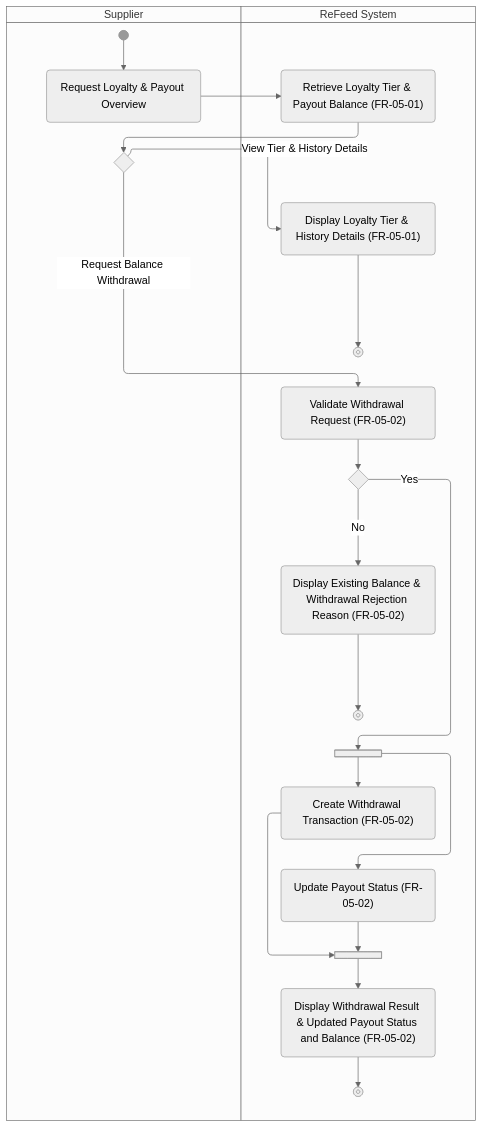
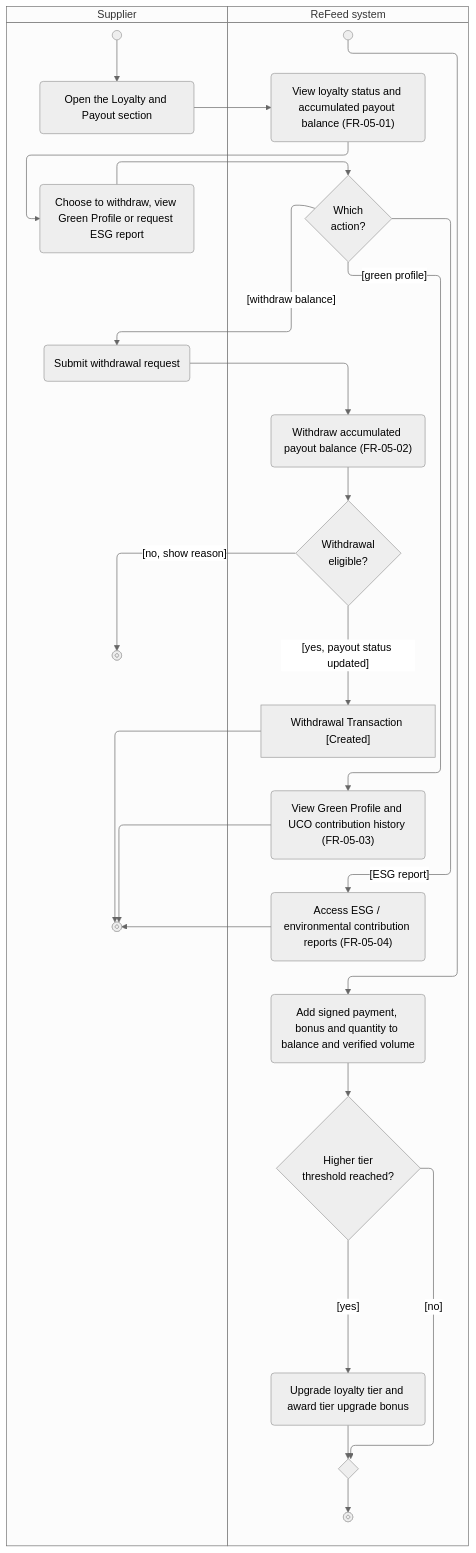
The diagram in docs/activity/AD-UC-12.md (thuyvicbh-alt/DBIZ2---GROUP-D), drawn with Mermaid (neutral theme) before and after one commit. The commit also changed other lines of this file, not shown here.

Commit message:
Revise AD-UC-12 for Supplier Value & ESG Profile
Updated the activity diagram to reflect changes in the loyalty management process, including modifications to the use case and feature descriptions, inputs, triggers, success and failure states, and added details on actions and decision points.

````diff
--- a/docs/activity/AD-UC-12.md
+++ b/docs/activity/AD-UC-12.md
@@ -25,69 +25,36 @@
 ```mermaid
----
-config:
-  flowchart:
-    nodeSpacing: 60
-    rankSpacing: 45
----
-
-
 swimlane-beta TB
-%% UC12: Manage loyalty status and accumulated payout balance
-%% ReFeed group project
-subgraph supplier ["Supplier"]
-initial@{ shape: f-circ, label: " " }
-request("Request Loyalty & Payout Overview")
-choice{" "}
-end
-
-
-subgraph system ["ReFeed System"]
-retrieve("Retrieve Loyalty Tier & Payout Balance (FR-05-01)")
-
-
-displayTier("Display Loyalty Tier & History Details (FR-05-01)")
-finalTier@{ shape: fr-circ, label: " " }
-
-
-validate("Validate Withdrawal Request (FR-05-02)")
-decision{" "}
-
-
-display("Display Existing Balance & Withdrawal Rejection Reason (FR-05-02)")
-finalRejected@{ shape: fr-circ, label: " " }
-
-
-fork@{ shape: fork, label: " " }
-transaction("Create Withdrawal Transaction (FR-05-02)")
-update("Update Payout Status (FR-05-02)")
-join@{ shape: fork, label: " " }
-displayUpdated("Display Withdrawal Result & Updated Payout Status and Balance (FR-05-02)")
-finalWithdrawal@{ shape: fr-circ, label: " " }
-end
-
-
-initial --> request
-request --> retrieve
-retrieve --> choice
-
-
-choice -->|View Tier & History Details| displayTier
-displayTier --> finalTier
-
-
-choice -->|Request Balance Withdrawal| validate
-validate --> decision
-
-
-decision -->|No| display
-display --> finalRejected
-
-
-decision -->|Yes| fork
-fork --> transaction
-fork --> update
-transaction --> join
-update --> join
-join --> displayUpdated
-displayUpdated --> finalWithdrawal
+  subgraph SUP["Supplier"]
+    start@{ shape: sm-circ }
+    a1("Open the Loyalty and Payout section")
+    a2("Choose to withdraw, view Green Profile or request ESG report")
+    a3("Submit withdrawal request")
+    stop1@{ shape: fr-circ }
+    stop2@{ shape: fr-circ }
+  end
+  subgraph SYS["ReFeed system"]
+    signed@{ shape: sm-circ }
+    u1("Add signed payment, bonus and quantity to balance and verified volume")
+    d0{"Higher tier<br>threshold reached?"}
+    u2("Upgrade loyalty tier and award tier upgrade bonus")
+    m0{" "}
+    stop3@{ shape: fr-circ }
+    s1("View loyalty status and accumulated payout balance (FR-05-01)")
+    d1{"Which<br>action?"}
+    s2("Withdraw accumulated payout balance (FR-05-02)")
+    d2{"Withdrawal<br>eligible?"}
+    o1["Withdrawal Transaction [Created]"]
+    s3("View Green Profile and UCO contribution history (FR-05-03)")
+    s4("Access ESG / environmental contribution reports (FR-05-04)")
+  end
+  signed --> u1 --> d0
+  d0 -->|"[yes]"| u2 --> m0
+  d0 -->|"[no]"| m0
+  m0 --> stop3
+  start --> a1 --> s1 --> a2 --> d1
+  d1 -->|"[withdraw balance]"| a3 --> s2 --> d2
+  d2 -->|"[no, show reason]"| stop1
+  d2 -->|"[yes, payout status updated]"| o1 --> stop2
+  d1 -->|"[green profile]"| s3 --> stop2
+  d1 -->|"[ESG report]"| s4 --> stop2
 ```
````
